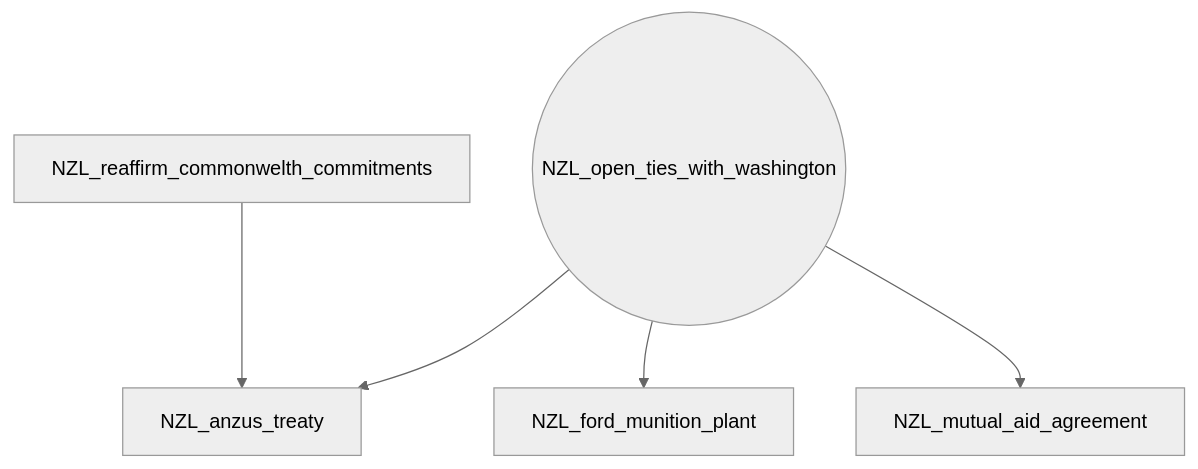
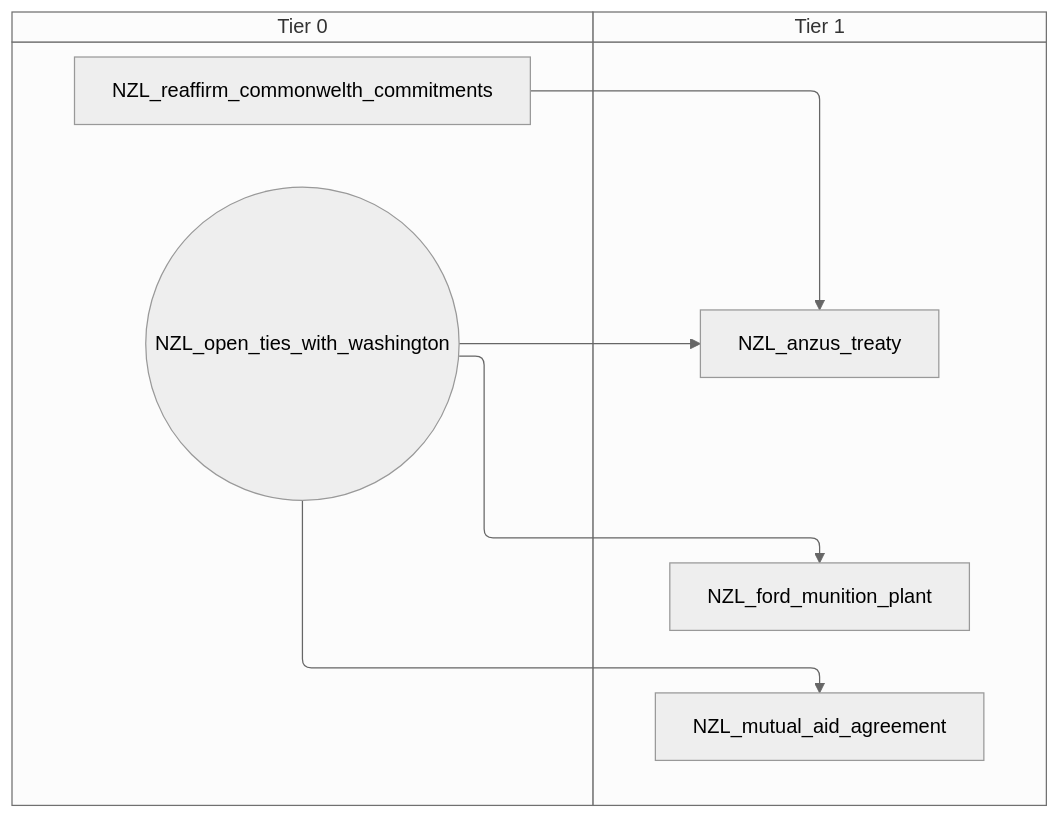
One commit to evgeny-sobol/hoi4-sandbox-mode-r56 changed the sixth of 11 diagrams in docs/gdd/National Focuses/r56/new_zealand.md. Above: the diagram before and after it, drawn with Mermaid (neutral theme). The commit also changed other lines of this file and 423 other files, not shown here.

First line of the commit message:
Re-export Rt56 focus trees as swimlane diagrams

````diff
--- a/docs/gdd/National Focuses/r56/new_zealand.md
+++ b/docs/gdd/National Focuses/r56/new_zealand.md
@@ -270,12 +332,16 @@
 ```mermaid
-flowchart TD
-    n99["NZL_anzus_treaty"]
-    n100["NZL_ford_munition_plant"]
-    n101["NZL_mutual_aid_agreement"]
-    n102(("NZL_open_ties_with_washington"))
-    n103["NZL_reaffirm_commonwelth_commitments"]
-    n102 --> n99
-    n103 --> n99
-    n102 --> n100
-    n102 --> n101
+swimlane-beta TD
+    subgraph tier_0["Tier 0"]
+        n99(("NZL_open_ties_with_washington"))
+        n100["NZL_reaffirm_commonwelth_commitments"]
+    end
+    subgraph tier_1["Tier 1"]
+        n101["NZL_anzus_treaty"]
+        n102["NZL_ford_munition_plant"]
+        n103["NZL_mutual_aid_agreement"]
+    end
+    n99 --> n101
+    n100 --> n101
+    n99 --> n102
+    n99 --> n103
 ```
````
